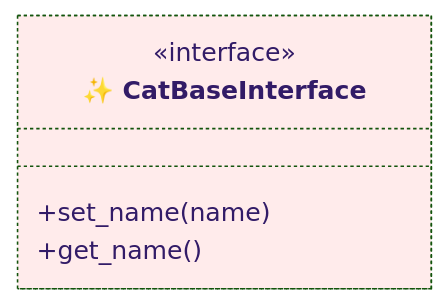
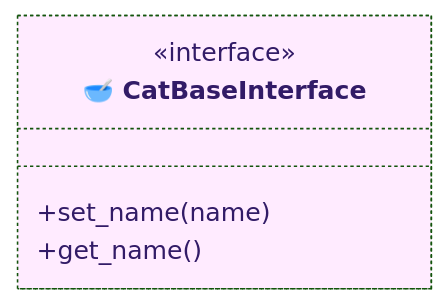
One commit to thecodecrate/python-pipeline changed the third of 12 diagrams in tests/spec-001--class-composition-with-partial-classes.md. Above: the diagram before and after it, drawn with Mermaid (forest theme). The commit also changed other lines of this file, not shown here.

````diff
--- a/tests/spec-001--class-composition-with-partial-classes.md
+++ b/tests/spec-001--class-composition-with-partial-classes.md
@@ -196,26 +200,27 @@
 ```mermaid
 ---
 config:
     class:
         hideEmptyMembersBox: true
 ---
 classDiagram
-    class Interface1["✨ CatBaseInterface"] {
+    class InterfaceBase_["🥣 CatBaseInterface"] {
         <<interface>>
         +set_name(name)
         +get_name()
     }
 
     %% Apply Styles
-    style Base_ fill:#ffff6020, stroke-dasharray: 5 5
+    style Base_ fill:#6060ff20, stroke-dasharray: 5 5
     style Composed_ bugfix:#111, stroke-width:2px, font-weight: bold
     style External1 bugfix:#111, stroke-width:2px, font-weight: bold
     style Partial1_ fill:#60ff6020, stroke-dasharray: 5 5
     style Partial2_ fill:#60ff6020, stroke-dasharray: 5 5
     style Partial3_ fill:#60ff6020, stroke-dasharray: 5 5
     style Partial4_ fill:#60ff6020, stroke-dasharray: 5 5
+    style InterfaceBase_ fill:#ff60ff20, stroke-dasharray: 2 2
     style Interface1 fill:#ff606020, stroke-dasharray: 2 2
     style Interface2 fill:#ff606020, stroke-dasharray: 2 2
     style Interface3 fill:#ff606020, stroke-dasharray: 2 2
     style Interface4 fill:#ff606020, stroke-dasharray: 2 2
 ```
````
